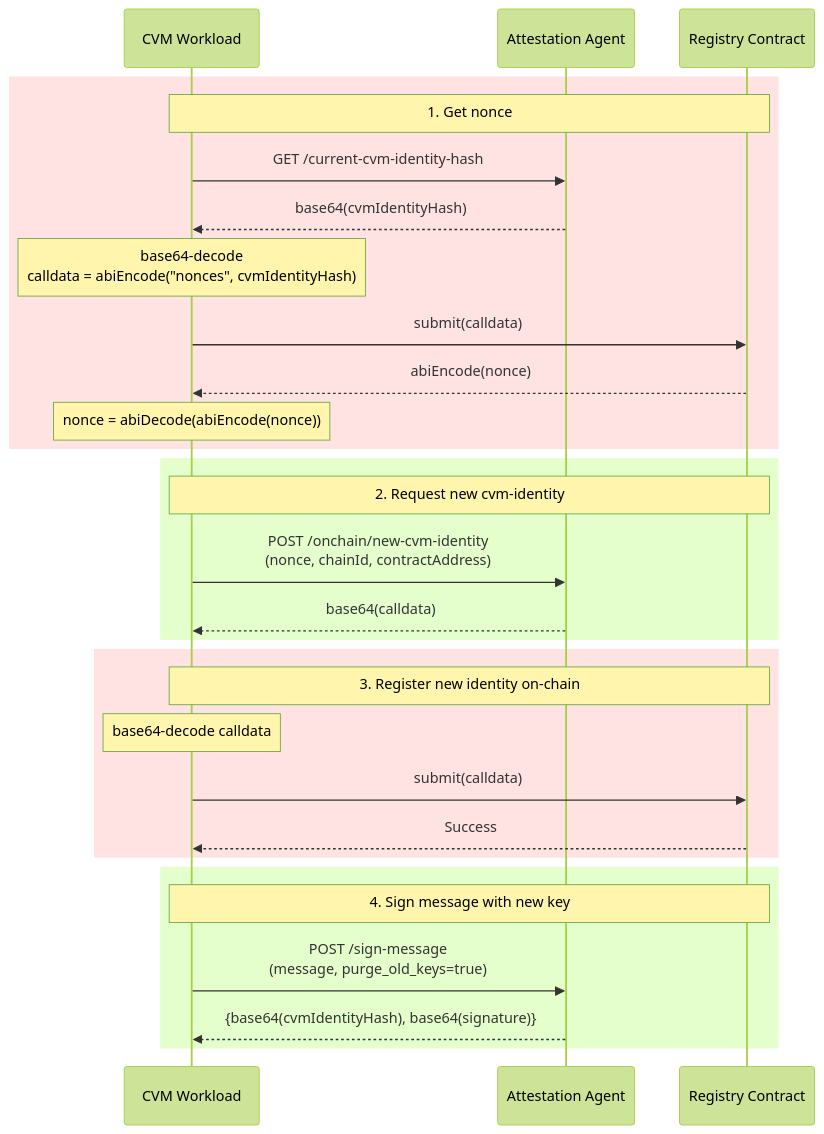
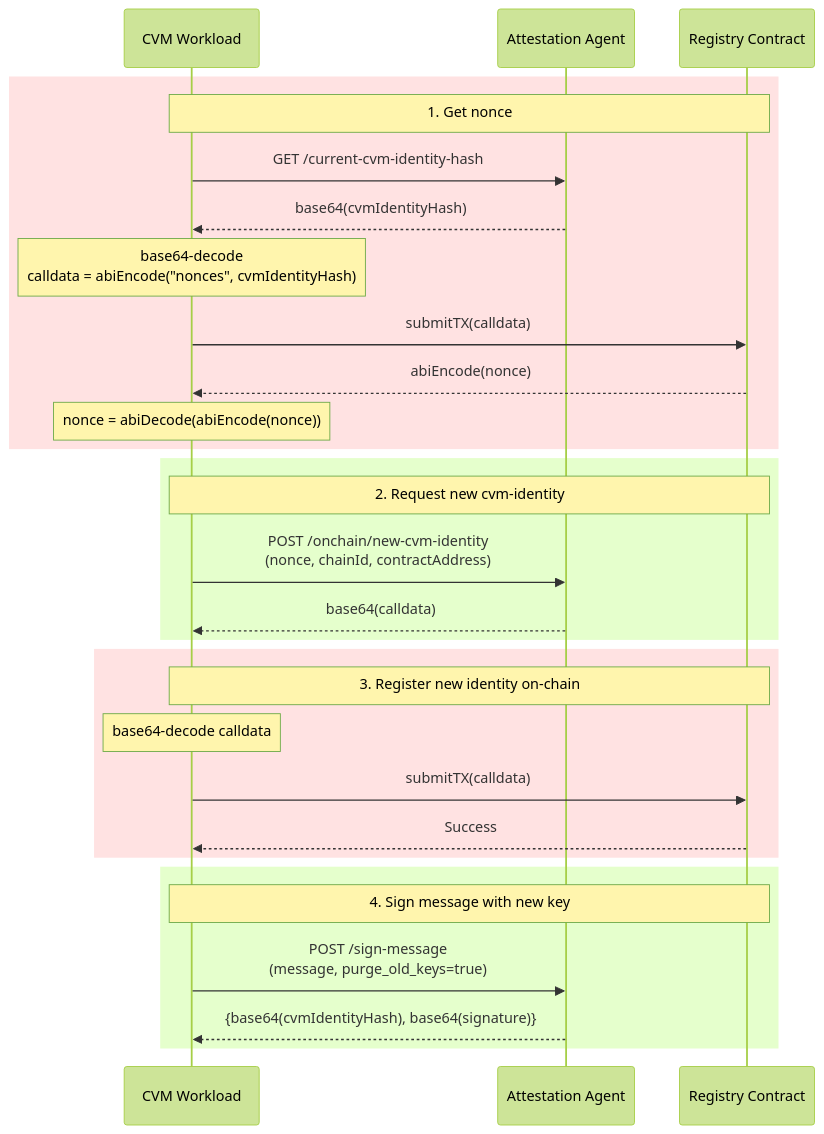
Before and after one commit to nuconstruct-ltd/automata-linux: the fourth of 4 diagrams in docs/onchain-workflows.md, drawn with Mermaid (forest theme). The commit also changed other lines of this file, not shown here.

Commit message:
Fix more typos

````diff
--- a/docs/onchain-workflows.md
+++ b/docs/onchain-workflows.md
@@ -60,36 +60,36 @@
 ```mermaid
 sequenceDiagram
     participant CVM as CVM Workload
     participant AA as Attestation Agent
     participant RC as Registry Contract
 
     rect rgb(255,226,226)
         Note over CVM,RC: 1. Get nonce
         CVM->>AA: GET /current-cvm-identity-hash
         AA-->>CVM: base64(cvmIdentityHash)
         note over CVM: base64-decode <br/> calldata = abiEncode("nonces", cvmIdentityHash)
-        CVM->>RC: submit(calldata)
+        CVM->>RC: submitTX(calldata)
         RC-->>CVM: abiEncode(nonce)
         note over CVM: nonce = abiDecode(abiEncode(nonce))
     end
 
     rect rgb(229,255,204)
         Note over CVM,RC: 2. Request new cvm-identity
         CVM->>AA: POST /onchain/new-cvm-identity<br/>(nonce, chainId, contractAddress)
         AA-->>CVM: base64(calldata)
     end
 
     rect rgb(255,226,226)
         Note over CVM,RC: 3. Register new identity on-chain
         note over CVM: base64-decode calldata
-        CVM->>RC: submit(calldata)
+        CVM->>RC: submitTX(calldata)
         RC-->>CVM: Success
     end
 
     rect rgb(229,255,204)
         Note over CVM, RC: 4. Sign message with new key
         CVM->>AA: POST /sign-message <br/>(message, purge_old_keys=true)
         AA-->>CVM: {base64(cvmIdentityHash), base64(signature)}
     end
 
 ```
````
